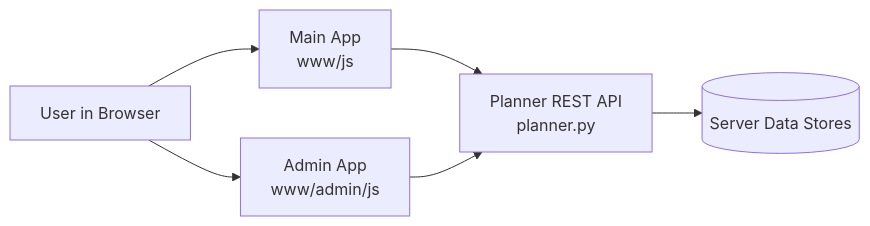
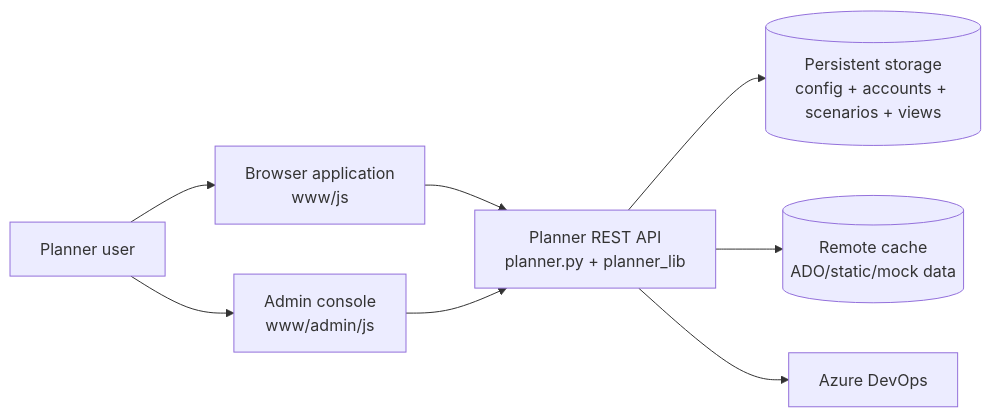
One commit to kpoppel/PlannerTool changed the first of 4 diagrams in docs/ARCHITECTURE.md. Above: the diagram before and after it, drawn with Mermaid. The commit also changed other lines of this file and 4 other files, not shown here.

````diff
--- a/docs/ARCHITECTURE.md
+++ b/docs/ARCHITECTURE.md
@@ -27,14 +36,18 @@
 ```mermaid
 flowchart LR
-    User[User in Browser]
-    MainApp[Main App\nwww/js]
-    AdminApp[Admin App\nwww/admin/js]
-    API[Planner REST API\nplanner.py]
-    Data[(Server Data Stores)]
+    User[Planner user]
+    Browser[Browser application\nwww/js]
+    Admin[Admin console\nwww/admin/js]
+    API[Planner REST API\nplanner.py + planner_lib]
+    Backend[(Persistent storage\nconfig + accounts + scenarios + views)]
+    Cache[(Remote cache\nADO/static/mock data)]
+    ADO[Azure DevOps]
 
-    User --> MainApp
-    User --> AdminApp
-    MainApp --> API
-    AdminApp --> API
-    API --> Data
+    User --> Browser
+    User --> Admin
+    Browser --> API
+    Admin --> API
+    API --> Backend
+    API --> Cache
+    API --> ADO
 ```
````
